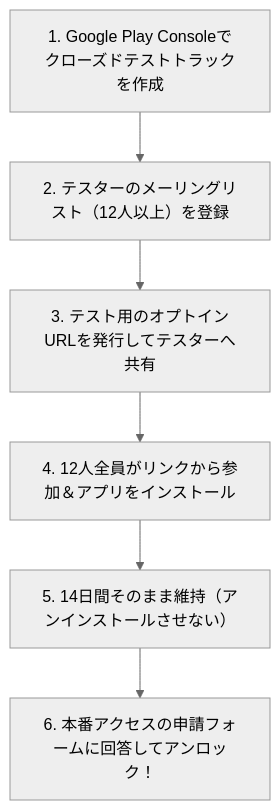
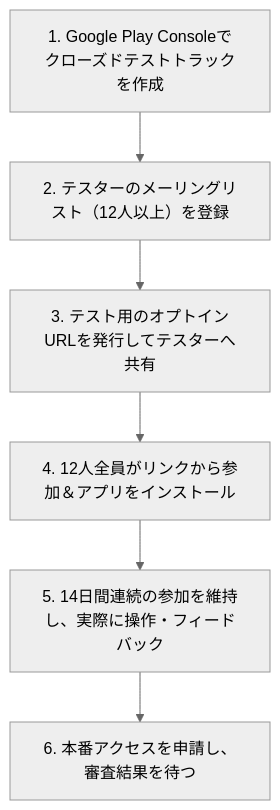
Before and after one commit to sangraal123/sangraal123: the diagram in googja/src/content/docs/publish/03.md, drawn with Mermaid (neutral theme). The commit also changed other lines of this file and 36 other files, not shown here.

````diff
--- a/googja/src/content/docs/publish/03.md
+++ b/googja/src/content/docs/publish/03.md
@@ -69,8 +69,8 @@
 ```mermaid
 flowchart TD
     T1["1. Google Play Consoleでクローズドテストトラックを作成"] --> T2["2. テスターのメーリングリスト（12人以上）を登録"]
     T2 --> T3["3. テスト用のオプトインURLを発行してテスターへ共有"]
     T3 --> T4["4. 12人全員がリンクから参加＆アプリをインストール"]
-    T4 --> T5["5. 14日間そのまま維持（アンインストールさせない）"]
-    T5 --> T6["6. 本番アクセスの申請フォームに回答してアンロック！"]
+    T4 --> T5["5. 14日間連続の参加を維持し、実際に操作・フィードバック"]
+    T5 --> T6["6. 本番アクセスを申請し、審査結果を待つ"]
 ```
````
